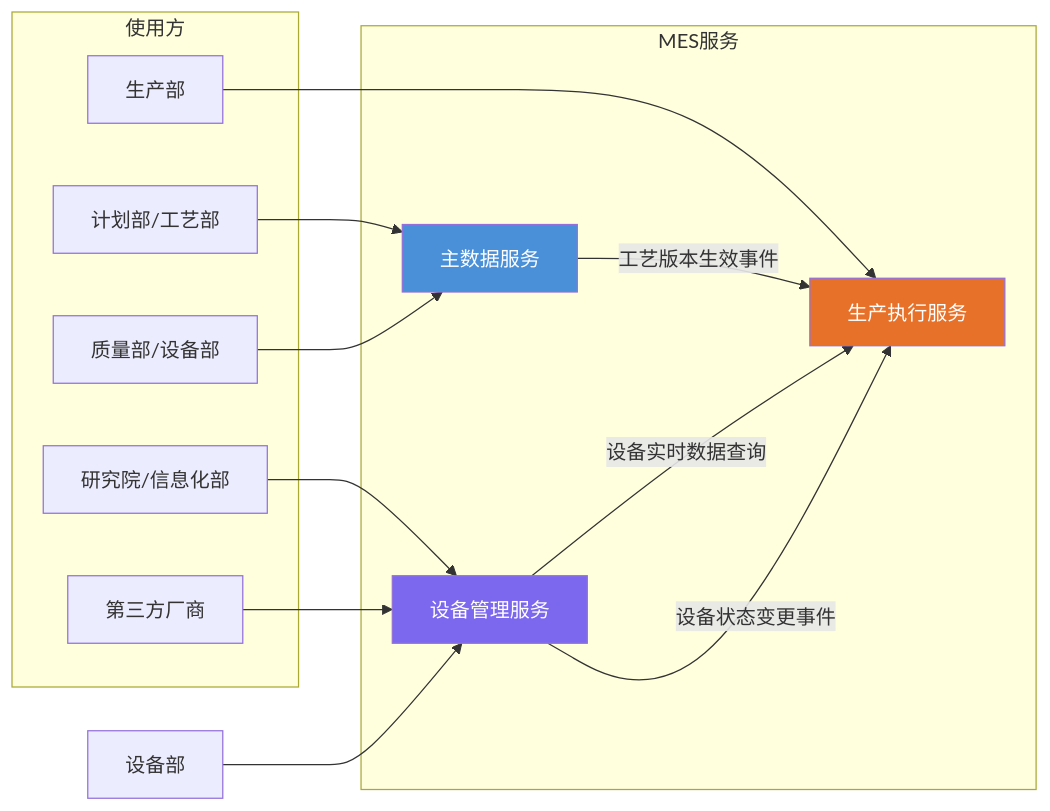
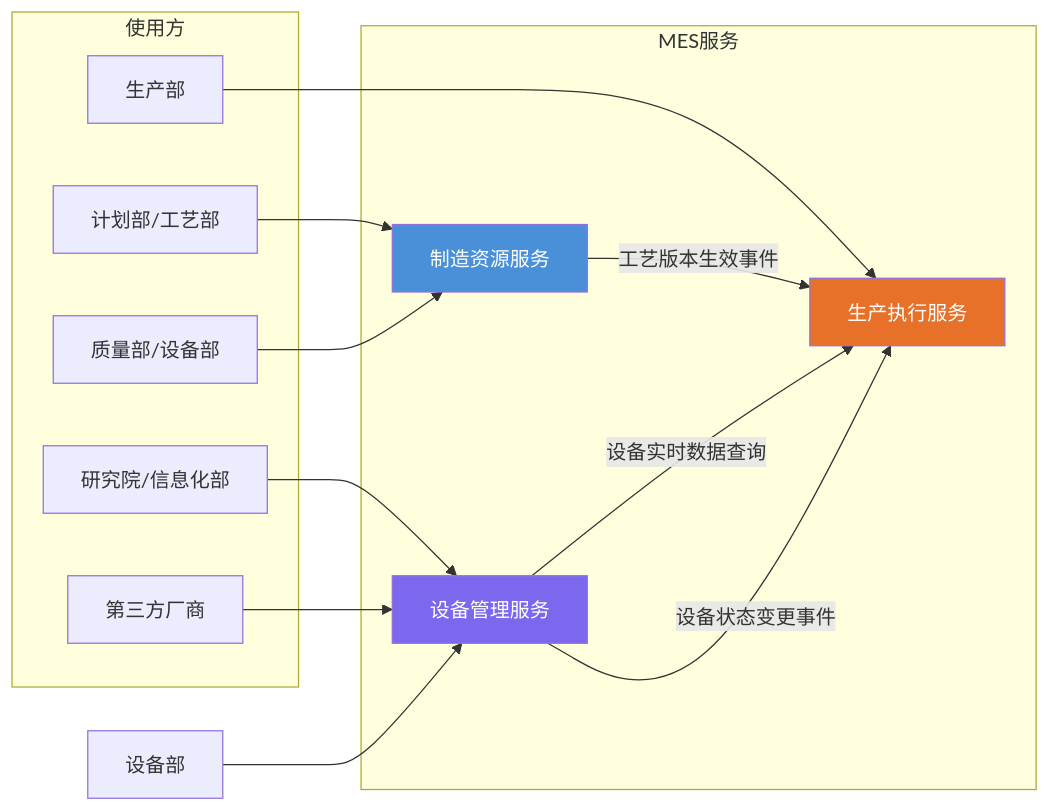
The diagram in MES系统服务拆分方案.md (kirby202111/factorybot-docs), drawn with Mermaid before and after one commit. The commit also changed other lines of this file and 1 other file, not shown here.

````diff
--- a/MES系统服务拆分方案.md
+++ b/MES系统服务拆分方案.md
@@ -19,32 +19,32 @@
 ```mermaid
 graph LR
     subgraph 使用方
         PLAN[计划部/工艺部]
         QUALITY[质量部/设备部]
         RESEARCH[研究院/信息化部]
         VENDOR[第三方厂商]
         PRODUCTION[生产部]
     end
 
     subgraph MES服务
-        MASTER[主数据服务]
+        MASTER[制造资源服务]
         COLLECT[设备管理服务]
         EXEC[生产执行服务]
     end
 
     PLAN --> MASTER
     QUALITY --> MASTER
     EQUIP[设备部]
     RESEARCH --> COLLECT
     VENDOR --> COLLECT
     EQUIP --> COLLECT
     PRODUCTION --> EXEC
 
     MASTER -->|工艺版本生效事件| EXEC
     COLLECT -->|设备实时数据查询| EXEC
     COLLECT -->|设备状态变更事件| EXEC
 
     style MASTER fill:#4a90d9,color:#fff
     style COLLECT fill:#7b68ee,color:#fff
     style EXEC fill:#e8712a,color:#fff
 ```
````
